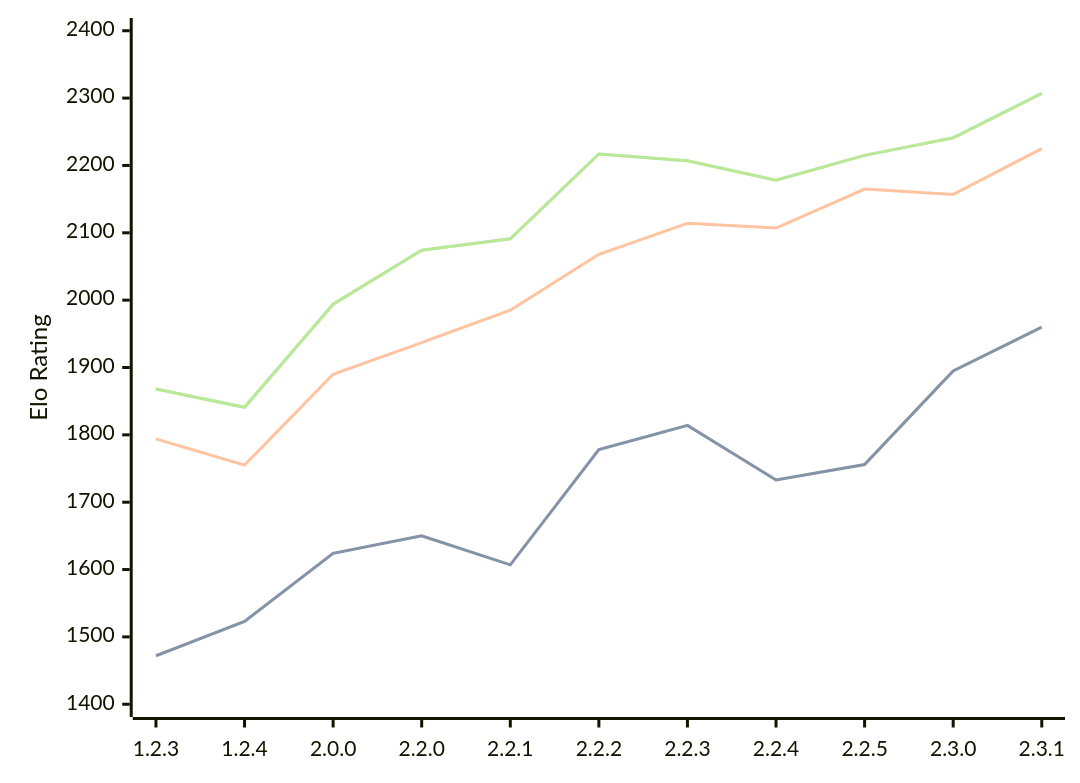
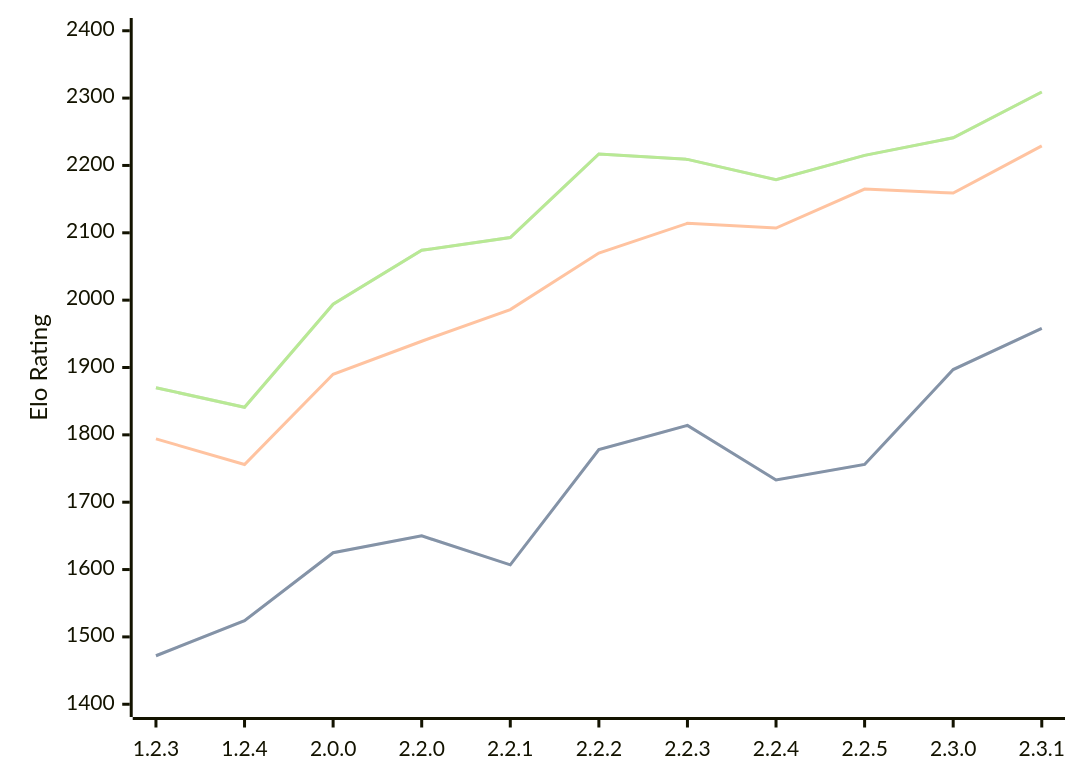
The diagram in engines/Kreveta.md (computer-chess-index/cci), drawn with Mermaid before and after one commit. The commit also changed other lines of this file, not shown here.

Commit message:
Update CCI Ratings (ELO VLTC) - 2026-09-01

````diff
--- a/engines/Kreveta.md
+++ b/engines/Kreveta.md
@@ -43,11 +43,11 @@
 ```mermaid
 %%{init: {"theme":"base","themeVariables":{"seriesColors:['#a3a3a3','#222221','#faa371']}}}%%
 xychart-beta
   x-axis ["1.2.3", "1.2.4", "2.0.0", "2.2.0", "2.2.1", "2.2.2", "2.2.3", "2.2.4", "2.2.5", "2.3.0", "2.3.1"]
   y-axis "Elo Rating" 1400 --> 2400
-  line "" [1472, 1523, 1624, 1650, 1607, 1778, 1814, 1733, 1756, 1895, 1960]
-  line "STC (8.0+0.08s)" [1472, 1523, 1624, 1650, 1607, 1778, 1814, 1733, 1756, 1895, 1960]
-  line "LTC (60.0+0.60s)" [1794, 1755, 1890, 1937, 1985, 2068, 2114, 2107, 2165, 2157, 2225]
-  line "" [1868, 1841, 1994, 2074, 2091, 2217, 2207, 2178, 2215, 2241, 2307]
-  line "VLTC (2m24s+1.12s)" [1868, 1841, 1994, 2074, 2091, 2217, 2207, 2178, 2215, 2241, 2307]
+  line "" [1472, 1524, 1625, 1650, 1607, 1778, 1814, 1733, 1756, 1897, 1958]
+  line "STC (8.0+0.08s)" [1472, 1524, 1625, 1650, 1607, 1778, 1814, 1733, 1756, 1897, 1958]
+  line "LTC (60.0+0.60s)" [1794, 1756, 1890, 1939, 1986, 2070, 2114, 2107, 2165, 2159, 2229]
+  line "" [1870, 1841, 1994, 2074, 2093, 2217, 2209, 2179, 2215, 2241, 2309]
+  line "VLTC (2m24s+1.12s)" [1870, 1841, 1994, 2074, 2093, 2217, 2209, 2179, 2215, 2241, 2309]
 ```
````
